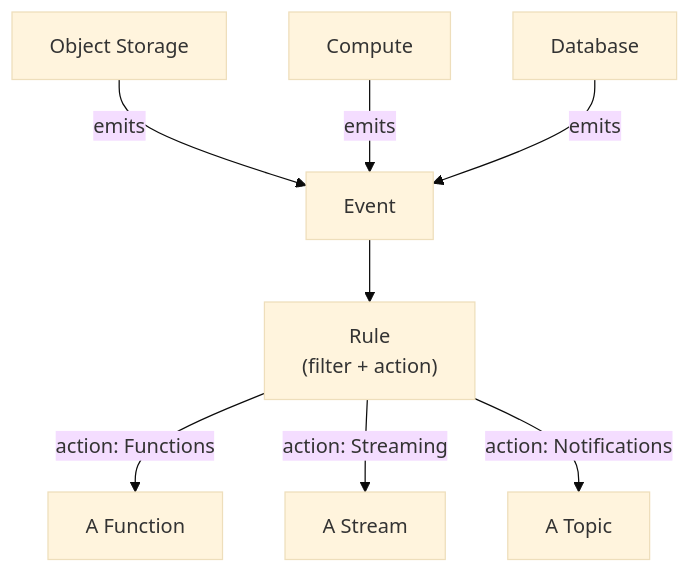
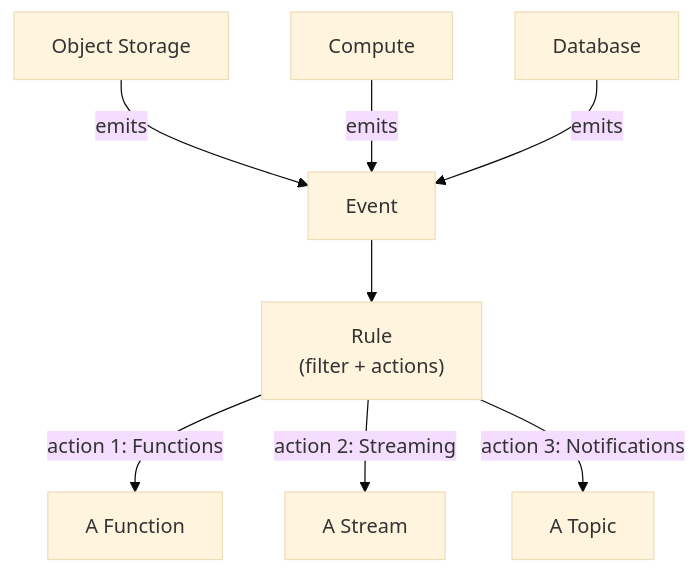
The first of 3 diagrams in 04-oracle/developer-professional/08-serverless-events.md (leonlnj/engineering-gym), drawn with Mermaid (base theme) before and after one commit. The commit also changed other lines of this file, not shown here.

````diff
--- a/04-oracle/developer-professional/08-serverless-events.md
+++ b/04-oracle/developer-professional/08-serverless-events.md
@@ -45,10 +45,10 @@
 ```mermaid
 graph TD
     OS["Object Storage"] -->|emits| EV["Event"]
     CO["Compute"] -->|emits| EV
     DB["Database"] -->|emits| EV
-    EV --> R["Rule<br/>(filter + action)"]
-    R -->|action: Functions| FN["A Function"]
-    R -->|action: Streaming| ST["A Stream"]
-    R -->|action: Notifications| NT["A Topic"]
+    EV --> R["Rule<br/>(filter + actions)"]
+    R -->|action 1: Functions| FN["A Function"]
+    R -->|action 2: Streaming| ST["A Stream"]
+    R -->|action 3: Notifications| NT["A Topic"]
 ```
````
